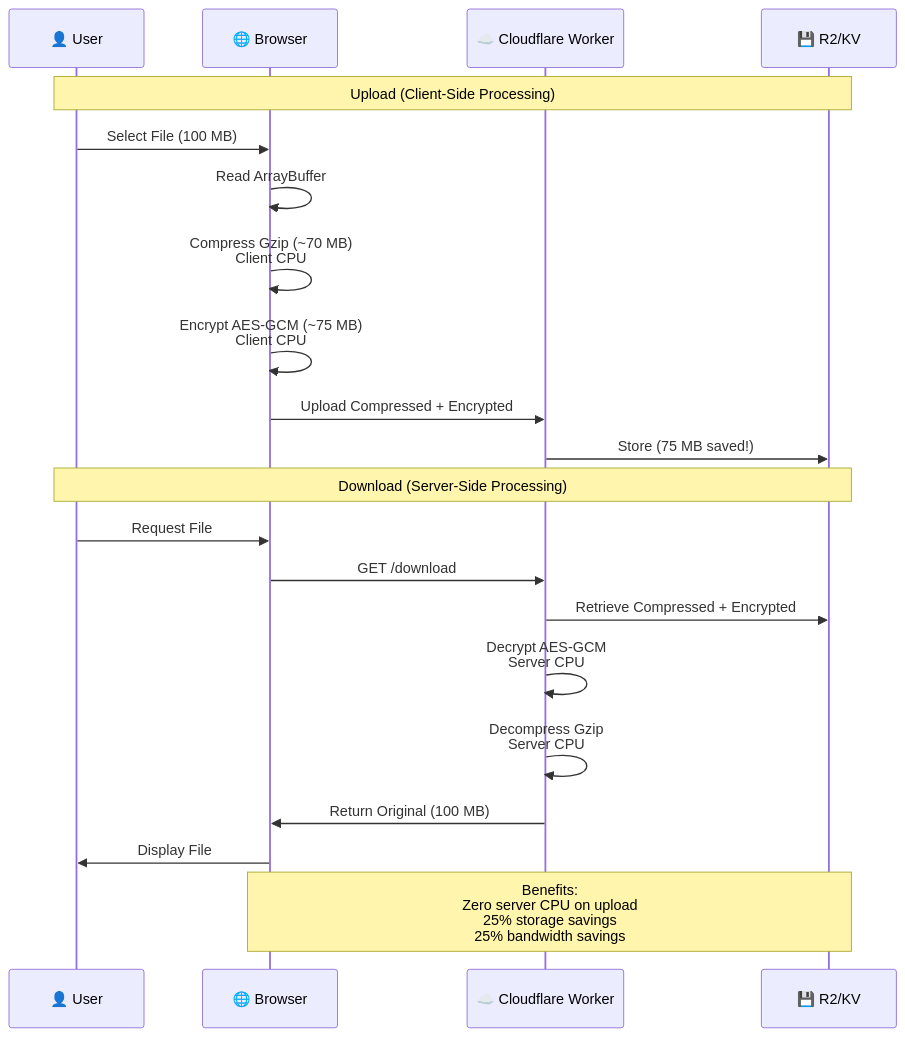
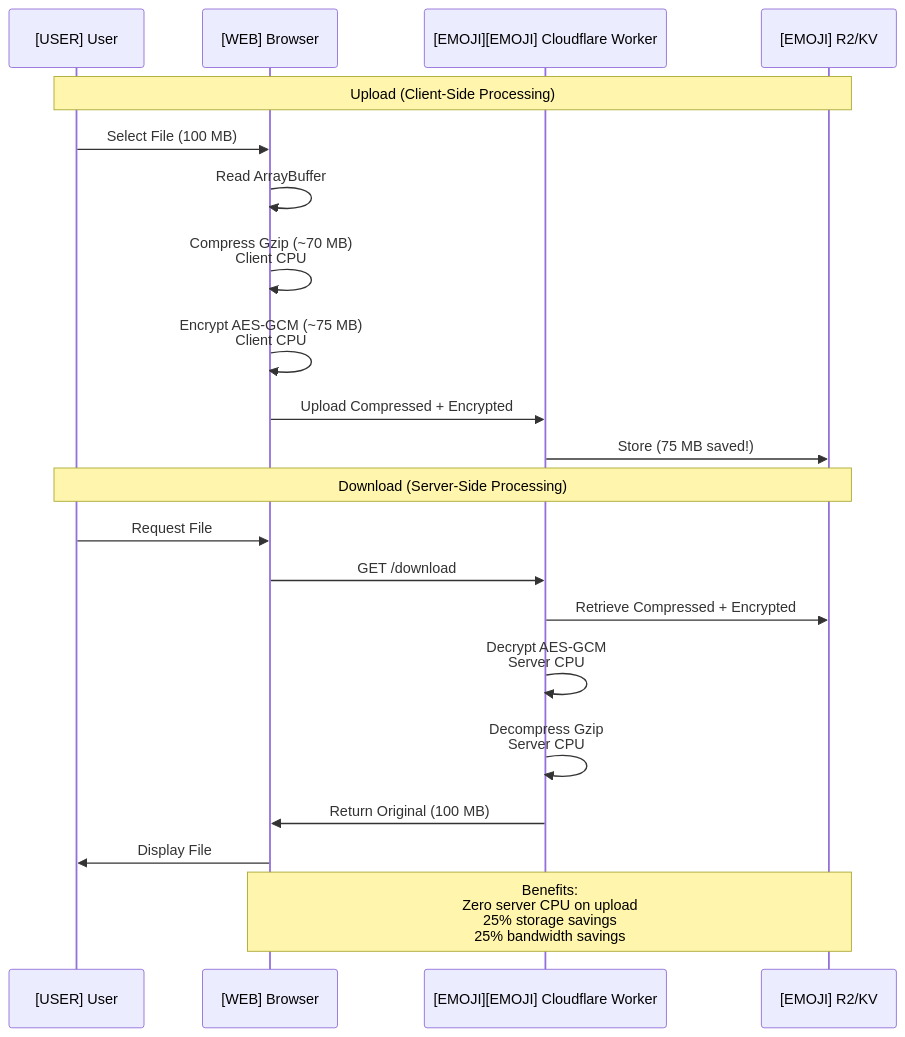
The fifth of 18 diagrams in docs/architecture/system-overview.md (Underwood-Inc/strixun-stream-suite), drawn with Mermaid before and after one commit. The commit also changed 488 other files, not shown here.

````diff
--- a/docs/architecture/system-overview.md
+++ b/docs/architecture/system-overview.md
@@ -211,26 +211,26 @@
 ```mermaid
 sequenceDiagram
-    participant User as 👤 User
-    participant Browser as 🌐 Browser
-    participant Worker as ☁️ Cloudflare Worker
-    participant Storage as 💾 R2/KV
+    participant User as [USER] User
+    participant Browser as [WEB] Browser
+    participant Worker as [EMOJI][EMOJI] Cloudflare Worker
+    participant Storage as [EMOJI] R2/KV
     
     Note over User,Storage: Upload (Client-Side Processing)
     User->>Browser: Select File (100 MB)
     Browser->>Browser: Read ArrayBuffer
     Browser->>Browser: Compress Gzip (~70 MB)<br/>Client CPU
     Browser->>Browser: Encrypt AES-GCM (~75 MB)<br/>Client CPU
     Browser->>Worker: Upload Compressed + Encrypted
     Worker->>Storage: Store (75 MB saved!)
     
     Note over User,Storage: Download (Server-Side Processing)
     User->>Browser: Request File
     Browser->>Worker: GET /download
     Worker->>Storage: Retrieve Compressed + Encrypted
     Worker->>Worker: Decrypt AES-GCM<br/>Server CPU
     Worker->>Worker: Decompress Gzip<br/>Server CPU
     Worker->>Browser: Return Original (100 MB)
     Browser->>User: Display File
     
     Note over Browser,Storage: Benefits:<br/>Zero server CPU on upload<br/>25% storage savings<br/>25% bandwidth savings
 ```
````
